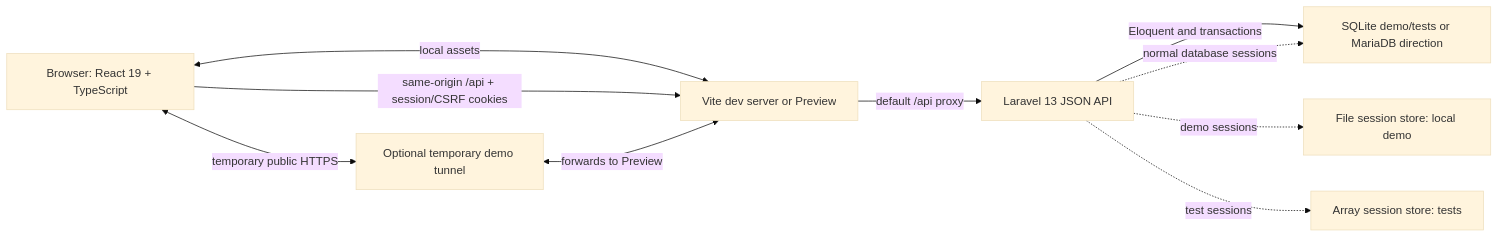
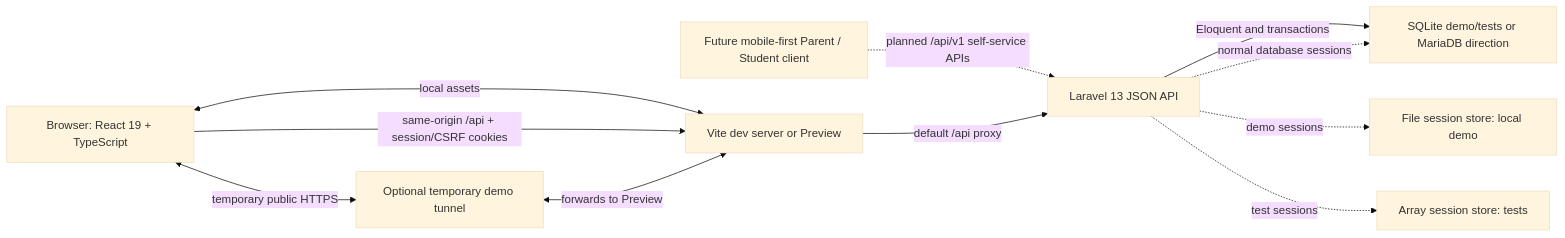
One commit to Kaikaiyng/Matahari changed the diagram in docs/architecture.md. Above: the diagram before and after it, drawn with Mermaid (base theme). The commit also changed other lines of this file and 14 other files, not shown here.

Commit message:
docs: align project with mobile product roadmap

````diff
--- a/docs/architecture.md
+++ b/docs/architecture.md
@@ -9,20 +9,22 @@
 ```mermaid
 flowchart LR
     Browser["Browser: React 19 + TypeScript"]
+    Mobile["Future mobile-first Parent / Student client"]
     Vite["Vite dev server or Preview"]
     API["Laravel 13 JSON API"]
     DB["SQLite demo/tests or MariaDB direction"]
     Files["File session store: local demo"]
     Memory["Array session store: tests"]
     Tunnel["Optional temporary demo tunnel"]
 
     Browser <-->|"local assets"| Vite
+    Mobile -.->|"planned /api/v1 self-service APIs"| API
     Browser -->|"same-origin /api + session/CSRF cookies"| Vite
     Browser <-->|"temporary public HTTPS"| Tunnel
     Tunnel <-->|"forwards to Preview"| Vite
     Vite -->|"default /api proxy"| API
     API -->|"Eloquent and transactions"| DB
     API -.->|"normal database sessions"| DB
     API -.->|"demo sessions"| Files
     API -.->|"test sessions"| Memory
 ```
````
